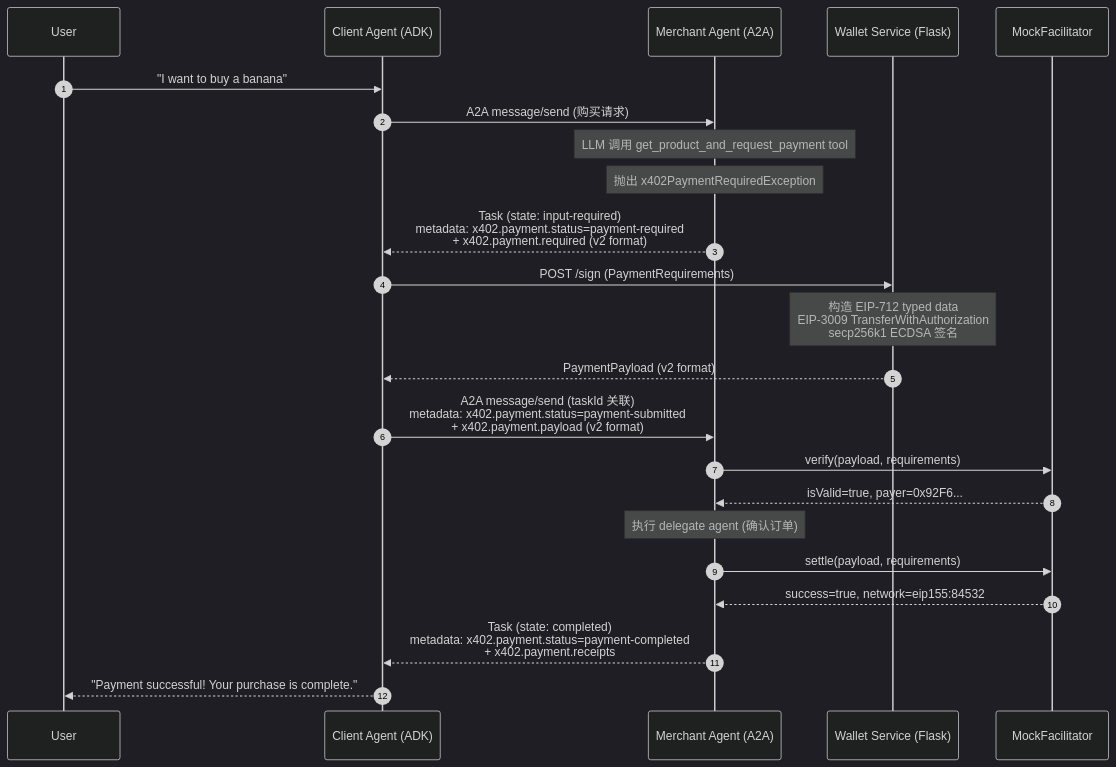
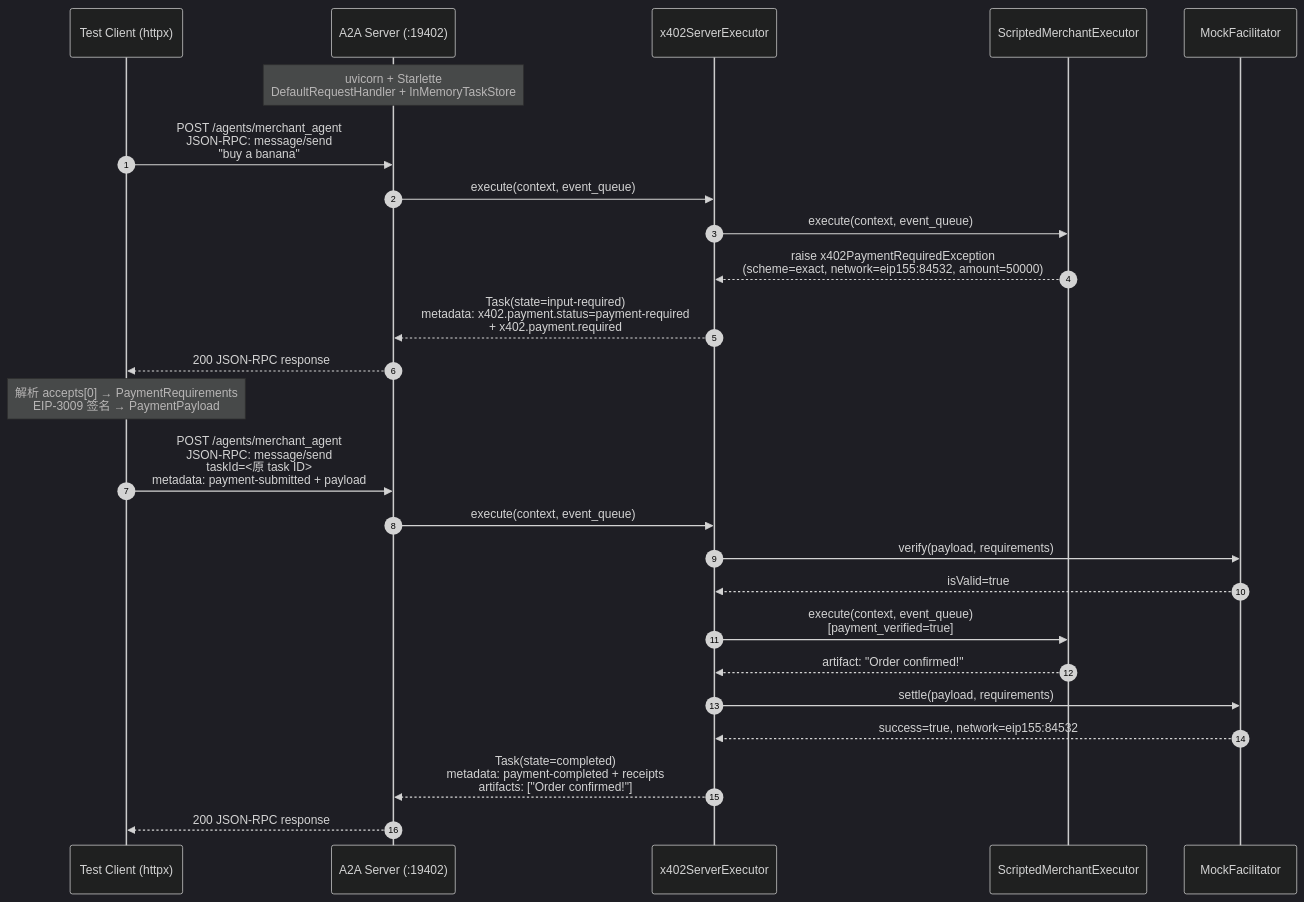
Before and after one commit to CTest101/ap2-x402-demo: the diagram in docs/reports/e2e-test-report.md, drawn with Mermaid (dark theme). The commit also changed other lines of this file and 1 other file, not shown here.

First line of the commit message:
Complete test report + README with setup/run instructions

````diff
--- a/docs/reports/e2e-test-report.md
+++ b/docs/reports/e2e-test-report.md
@@ -16,32 +47,31 @@
 ```mermaid
 sequenceDiagram
     autonumber
-    participant U as User
-    participant CA as Client Agent (ADK)
-    participant MA as Merchant Agent (A2A)
-    participant W as Wallet Service (Flask)
+    participant C as Test Client (httpx)
+    participant S as A2A Server (:19402)
+    participant X as x402ServerExecutor
+    participant M as ScriptedMerchantExecutor
     participant F as MockFacilitator
 
-    U->>CA: "I want to buy a banana"
-    CA->>MA: A2A message/send (购买请求)
+    Note over S: uvicorn + Starlette<br/>DefaultRequestHandler + InMemoryTaskStore
 
-    Note over MA: LLM 调用 get_product_and_request_payment tool
-    Note over MA: 抛出 x402PaymentRequiredException
-    MA-->>CA: Task (state: input-required)<br/>metadata: x402.payment.status=payment-required<br/>+ x402.payment.required (v2 format)
+    C->>S: POST /agents/merchant_agent<br/>JSON-RPC: message/send<br/>"buy a banana"
+    S->>X: execute(context, event_queue)
+    X->>M: execute(context, event_queue)
+    M-->>X: raise x402PaymentRequiredException<br/>(scheme=exact, network=eip155:84532, amount=50000)
+    X-->>S: Task(state=input-required)<br/>metadata: x402.payment.status=payment-required<br/>+ x402.payment.required
+    S-->>C: 200 JSON-RPC response
 
-    CA->>W: POST /sign (PaymentRequirements)
-    Note over W: 构造 EIP-712 typed data<br/>EIP-3009 TransferWithAuthorization<br/>secp256k1 ECDSA 签名
-    W-->>CA: PaymentPayload (v2 format)
+    Note over C: 解析 accepts[0] → PaymentRequirements<br/>EIP-3009 签名 → PaymentPayload
 
-    CA->>MA: A2A message/send (taskId 关联)<br/>metadata: x402.payment.status=payment-submitted<br/>+ x402.payment.payload (v2 format)
-
-    MA->>F: verify(payload, requirements)
-    F-->>MA: isValid=true, payer=0x92F6...
-    Note over MA: 执行 delegate agent (确认订单)
-    MA->>F: settle(payload, requirements)
-    F-->>MA: success=true, network=eip155:84532
-
-    MA-->>CA: Task (state: completed)<br/>metadata: x402.payment.status=payment-completed<br/>+ x402.payment.receipts
-
-    CA-->>U: "Payment successful! Your purchase is complete."
+    C->>S: POST /agents/merchant_agent<br/>JSON-RPC: message/send<br/>taskId=<原 task ID><br/>metadata: payment-submitted + payload
+    S->>X: execute(context, event_queue)
+    X->>F: verify(payload, requirements)
+    F-->>X: isValid=true
+    X->>M: execute(context, event_queue)<br/>[payment_verified=true]
+    M-->>X: artifact: "Order confirmed!"
+    X->>F: settle(payload, requirements)
+    F-->>X: success=true, network=eip155:84532
+    X-->>S: Task(state=completed)<br/>metadata: payment-completed + receipts<br/>artifacts: ["Order confirmed!"]
+    S-->>C: 200 JSON-RPC response
 ```
````
